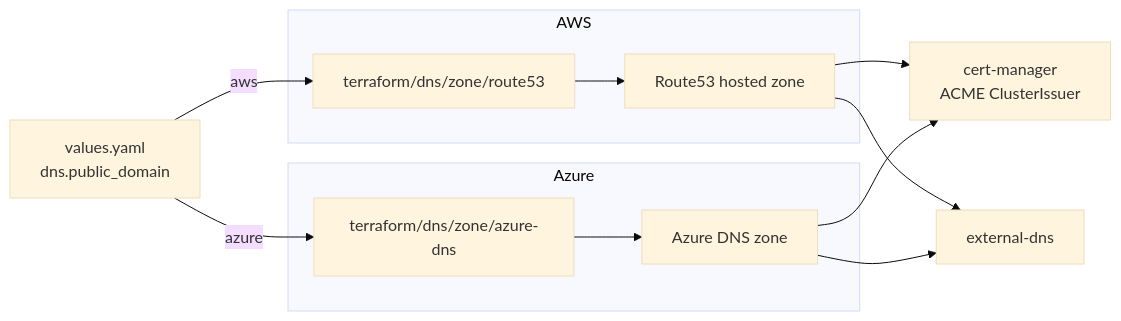
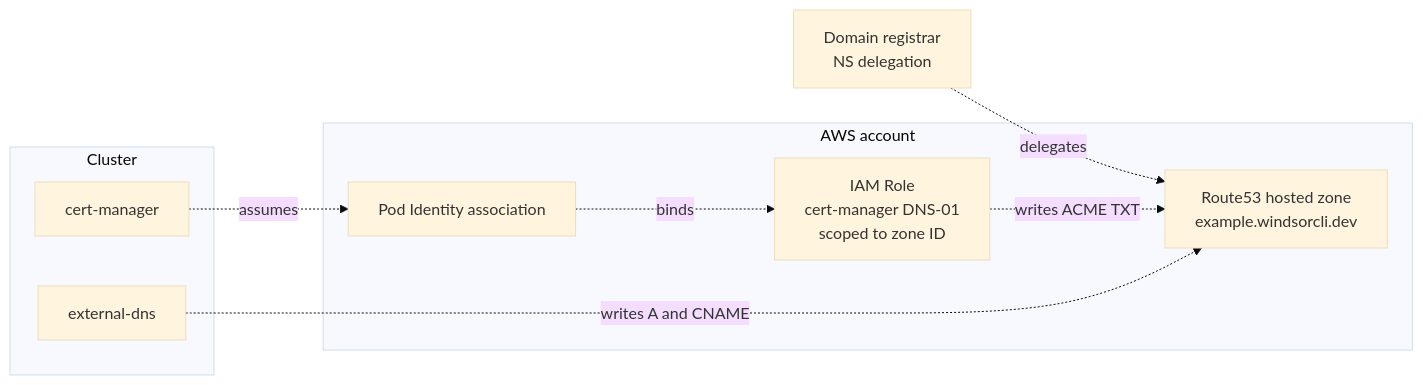
The first of 2 diagrams in terraform/dns/README.md (windsorcli/core), drawn with Mermaid (base theme) before and after one commit. The commit also changed other lines of this file and 7 other files, not shown here.

Commit message:
chore(docs): enhance README files with updated architecture diagrams and detailed module descriptions across Terraform categories

````diff
--- a/terraform/dns/README.md
+++ b/terraform/dns/README.md
@@ -21,26 +28,21 @@
 ```mermaid
 flowchart LR
-  values[values.yaml<br/>dns.public_domain]
+  registrar[Domain registrar<br/>NS delegation]
 
-  subgraph awspath[AWS]
-    tfR53[terraform/dns/zone/route53]
-    r53[Route53 hosted zone]
+  subgraph aws[AWS account]
+    zone[Route53 hosted zone<br/>example.windsorcli.dev]
+    iam[IAM Role<br/>cert-manager DNS-01<br/>scoped to zone ID]
+    pi[Pod Identity association]
   end
 
-  subgraph azurepath[Azure]
-    tfAz[terraform/dns/zone/azure-dns]
-    azz[Azure DNS zone]
+  subgraph cluster[Cluster]
+    cm[cert-manager]
+    ed[external-dns]
   end
 
-  certmgr[cert-manager<br/>ACME ClusterIssuer]
-  extdns[external-dns]
-
-  values -->|aws| tfR53
-  values -->|azure| tfAz
-  tfR53 --> r53
-  tfAz --> azz
-  r53 --> certmgr
-  r53 --> extdns
-  azz --> certmgr
-  azz --> extdns
+  registrar -.delegates.-> zone
+  cm -.assumes.-> pi
+  pi -.binds.-> iam
+  iam -.writes ACME TXT.-> zone
+  ed -.writes A and CNAME.-> zone
 ```
````
